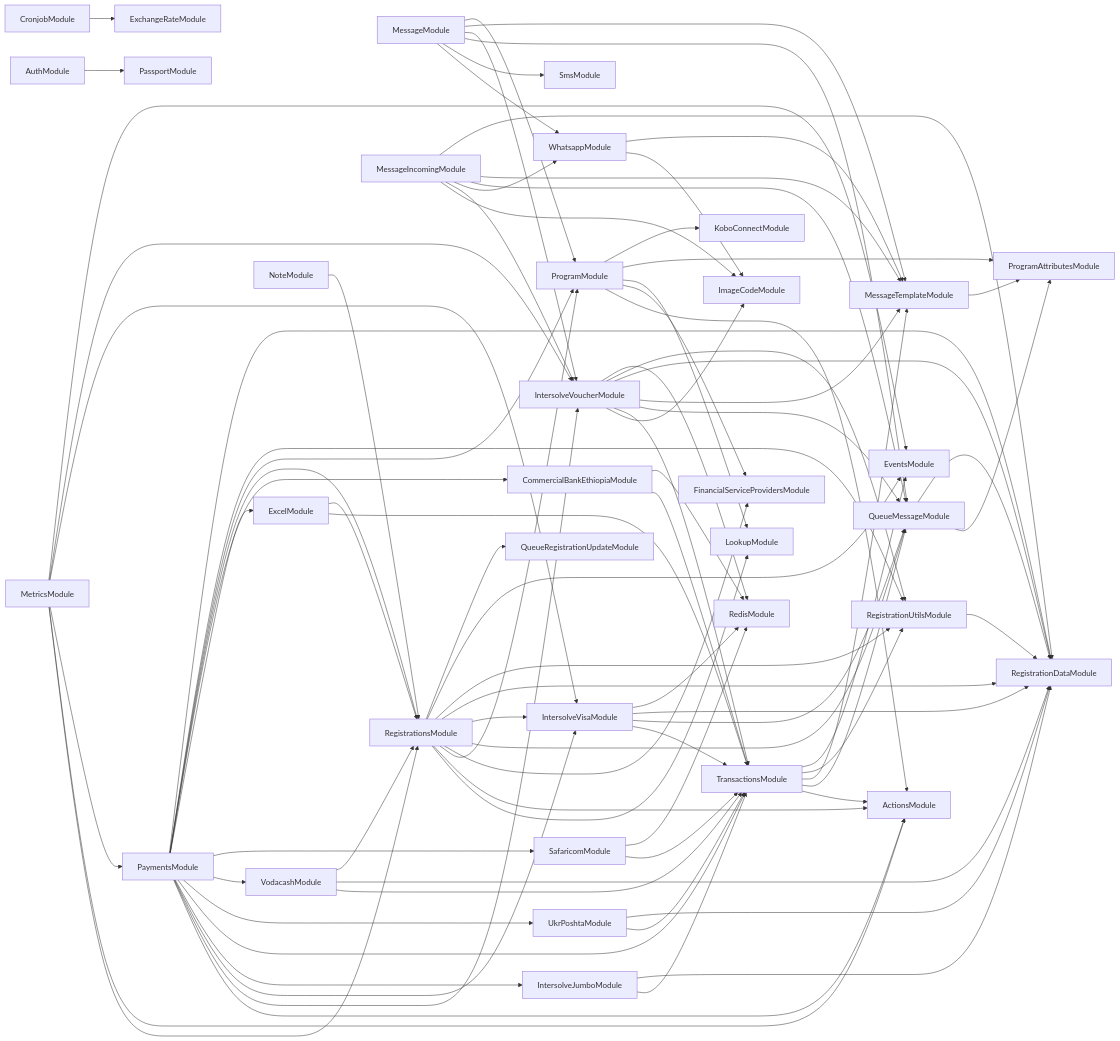
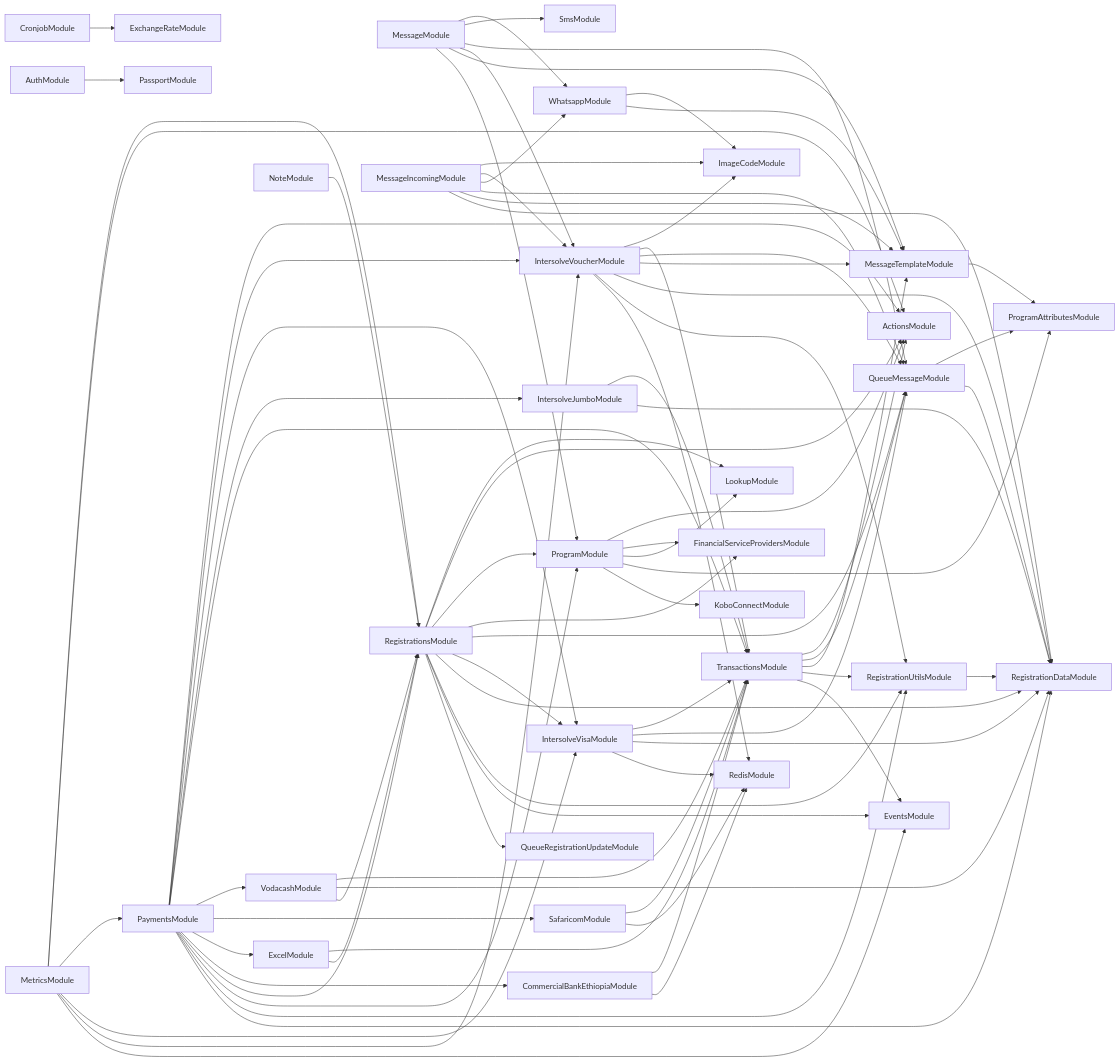
Before and after one commit to global-121/121-platform: the diagram in services/121-service/module-dependencies.md, drawn with Mermaid. The commit also changed 11 other files, not shown here.

```diff
--- a/services/121-service/module-dependencies.md
+++ b/services/121-service/module-dependencies.md
@@ -56,9 +56,6 @@
   IntersolveJumboModule-->TransactionsModule
   IntersolveJumboModule-->RegistrationDataModule
   PaymentsModule-->TransactionsModule
-  PaymentsModule-->UkrPoshtaModule
-  UkrPoshtaModule-->TransactionsModule
-  UkrPoshtaModule-->RegistrationDataModule
   PaymentsModule-->VodacashModule
   VodacashModule-->TransactionsModule
   VodacashModule-->RegistrationDataModule
```
